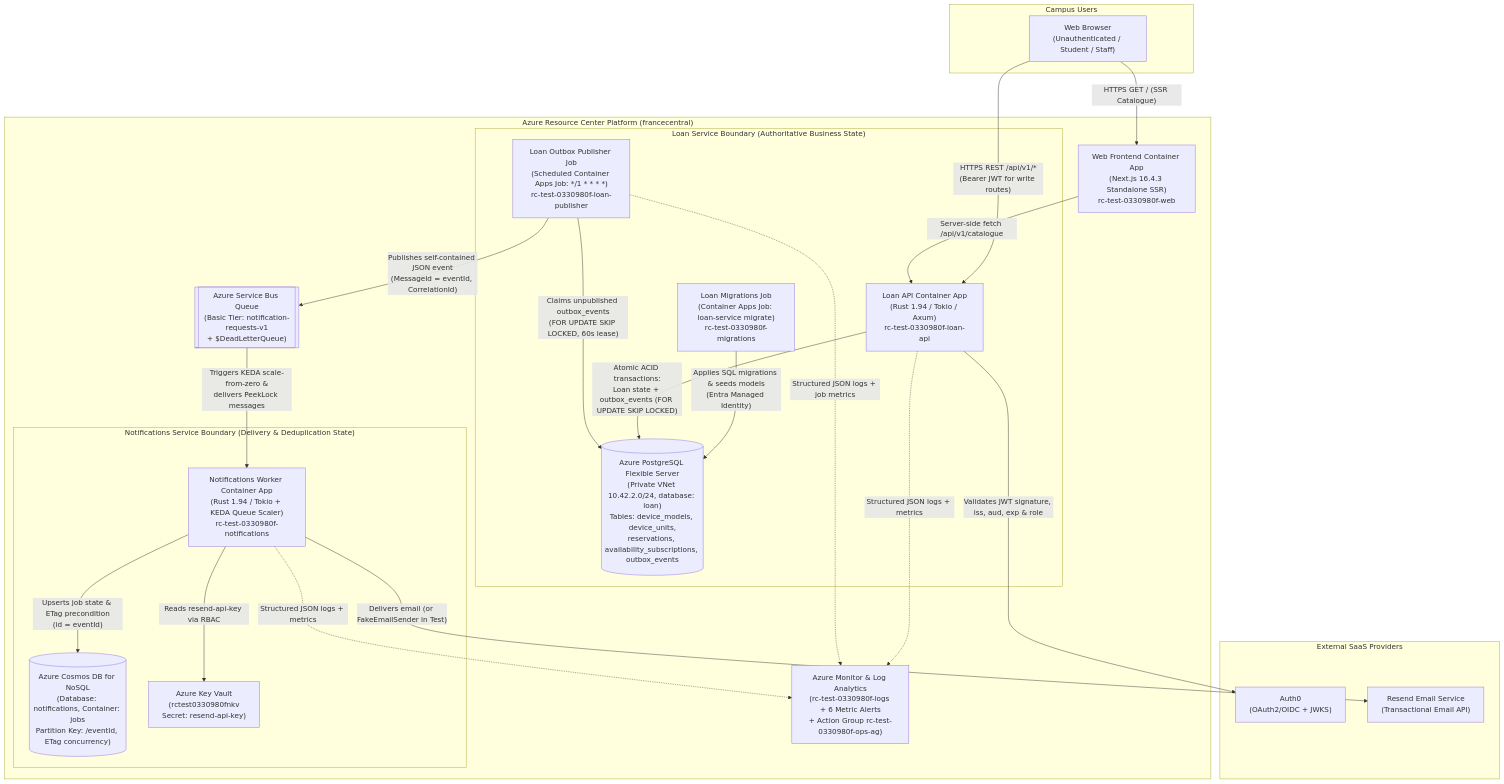
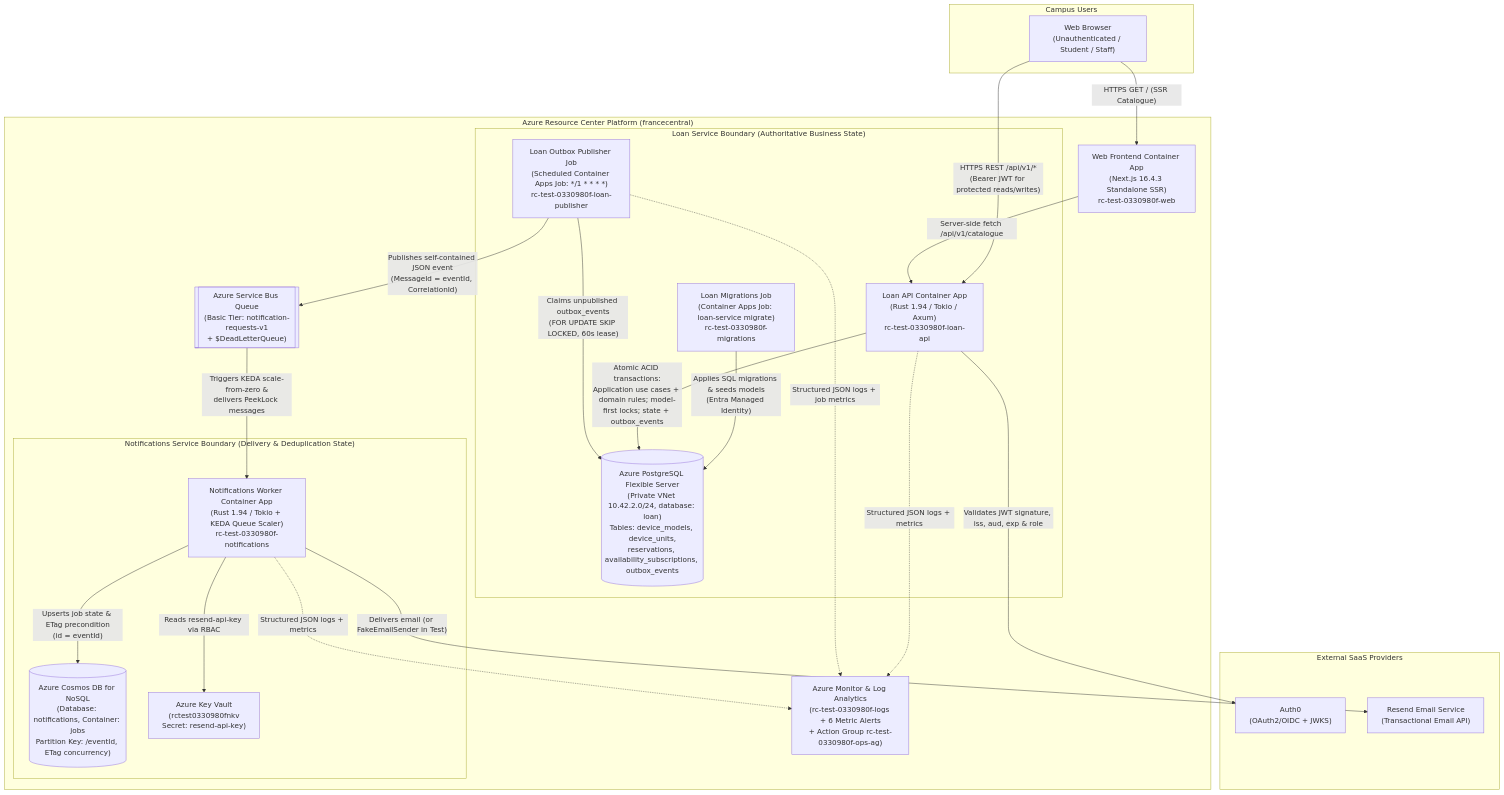
The second of 3 diagrams in docs/cloud/assessment-evidence.md (TeesideCoderProMax/resource.center), drawn with Mermaid before and after one commit. The commit also changed other lines of this file and 16 other files, not shown here.

````diff
--- a/docs/cloud/assessment-evidence.md
+++ b/docs/cloud/assessment-evidence.md
@@ -39,51 +42,51 @@
 ```mermaid
 flowchart TB
     subgraph Users["Campus Users"]
         browser["Web Browser\n(Unauthenticated / Student / Staff)"]
     end
 
     subgraph External["External SaaS Providers"]
         auth0["Auth0\n(OAuth2/OIDC + JWKS)"]
         resend["Resend Email Service\n(Transactional Email API)"]
     end
 
     subgraph Azure["Azure Resource Center Platform (francecentral)"]
         web["Web Frontend Container App\n(Next.js 16.4.3 Standalone SSR)\nrc-test-0330980f-web"]
 
         subgraph LoanBoundary["Loan Service Boundary (Authoritative Business State)"]
             loan_api["Loan API Container App\n(Rust 1.94 / Tokio / Axum)\nrc-test-0330980f-loan-api"]
             migrations["Loan Migrations Job\n(Container Apps Job: loan-service migrate)\nrc-test-0330980f-migrations"]
             publisher["Loan Outbox Publisher Job\n(Scheduled Container Apps Job: */1 * * * *)\nrc-test-0330980f-loan-publisher"]
             pg[("Azure PostgreSQL Flexible Server\n(Private VNet 10.42.2.0/24, database: loan)\nTables: device_models, device_units,\nreservations, availability_subscriptions, outbox_events")]
         end
 
         sb[["Azure Service Bus Queue\n(Basic Tier: notification-requests-v1\n+ $DeadLetterQueue)"]]
 
         subgraph NotifBoundary["Notifications Service Boundary (Delivery & Deduplication State)"]
             notif_worker["Notifications Worker Container App\n(Rust 1.94 / Tokio + KEDA Queue Scaler)\nrc-test-0330980f-notifications"]
             cosmos[("Azure Cosmos DB for NoSQL\n(Database: notifications, Container: jobs\nPartition Key: /eventId, ETag concurrency)")]
             kv["Azure Key Vault\n(rctest0330980fnkv\nSecret: resend-api-key)"]
         end
 
         monitor["Azure Monitor & Log Analytics\n(rc-test-0330980f-logs + 6 Metric Alerts\n+ Action Group rc-test-0330980f-ops-ag)"]
     end
 
     browser -->|"HTTPS GET / (SSR Catalogue)"| web
-    browser -->|"HTTPS REST /api/v1/*\n(Bearer JWT for write routes)"| loan_api
+    browser -->|"HTTPS REST /api/v1/*\n(Bearer JWT for protected reads/writes)"| loan_api
     web -->|"Server-side fetch /api/v1/catalogue"| loan_api
     loan_api -->|"Validates JWT signature, iss, aud, exp & role"| auth0
 
     migrations -->|"Applies SQL migrations & seeds models\n(Entra Managed Identity)"| pg
-    loan_api -->|"Atomic ACID transactions:\nLoan state + outbox_events (FOR UPDATE SKIP LOCKED)"| pg
+    loan_api -->|"Atomic ACID transactions:\nApplication use cases + domain rules; model-first locks; state + outbox_events"| pg
     publisher -->|"Claims unpublished outbox_events\n(FOR UPDATE SKIP LOCKED, 60s lease)"| pg
     publisher -->|"Publishes self-contained JSON event\n(MessageId = eventId, CorrelationId)"| sb
 
     sb -->|"Triggers KEDA scale-from-zero &\ndelivers PeekLock messages"| notif_worker
     notif_worker -->|"Upserts job state & ETag precondition\n(id = eventId)"| cosmos
     notif_worker -->|"Reads resend-api-key via RBAC"| kv
     notif_worker -->|"Delivers email (or FakeEmailSender in Test)"| resend
 
     loan_api -.->|"Structured JSON logs + metrics"| monitor
     publisher -.->|"Structured JSON logs + job metrics"| monitor
     notif_worker -.->|"Structured JSON logs + metrics"| monitor
 ```
````
